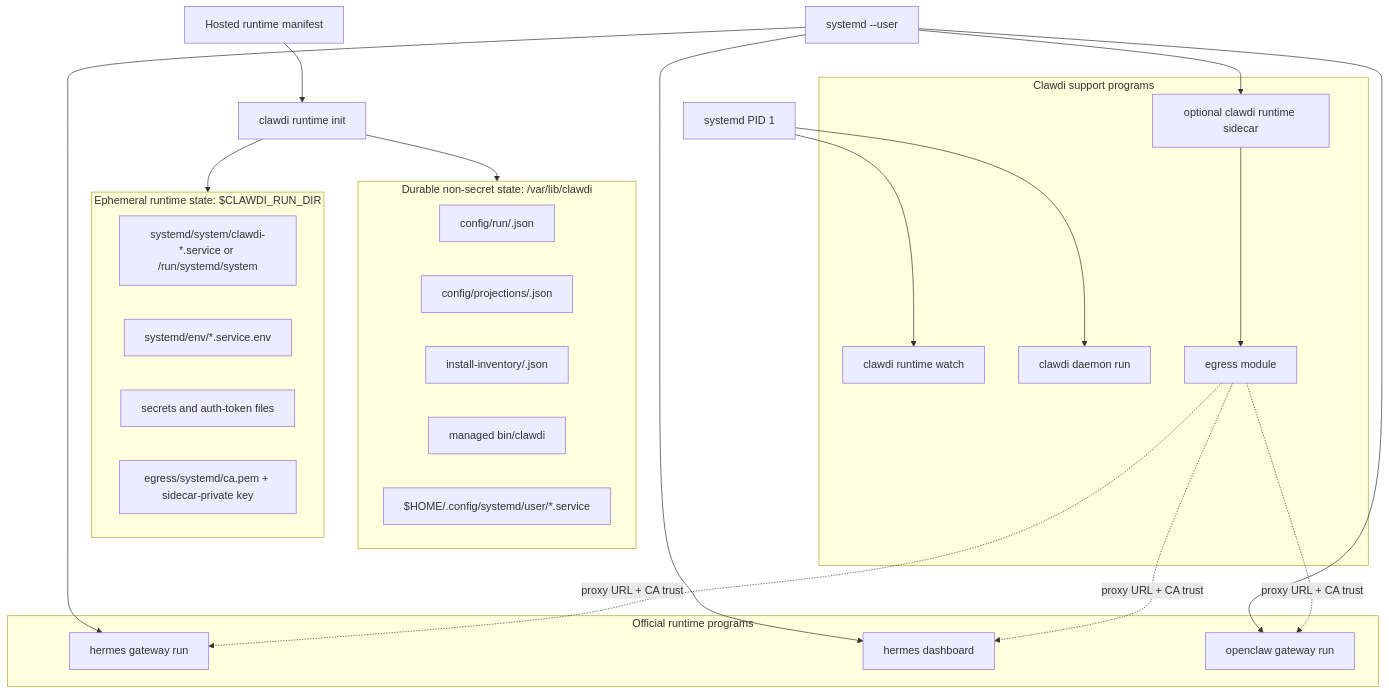
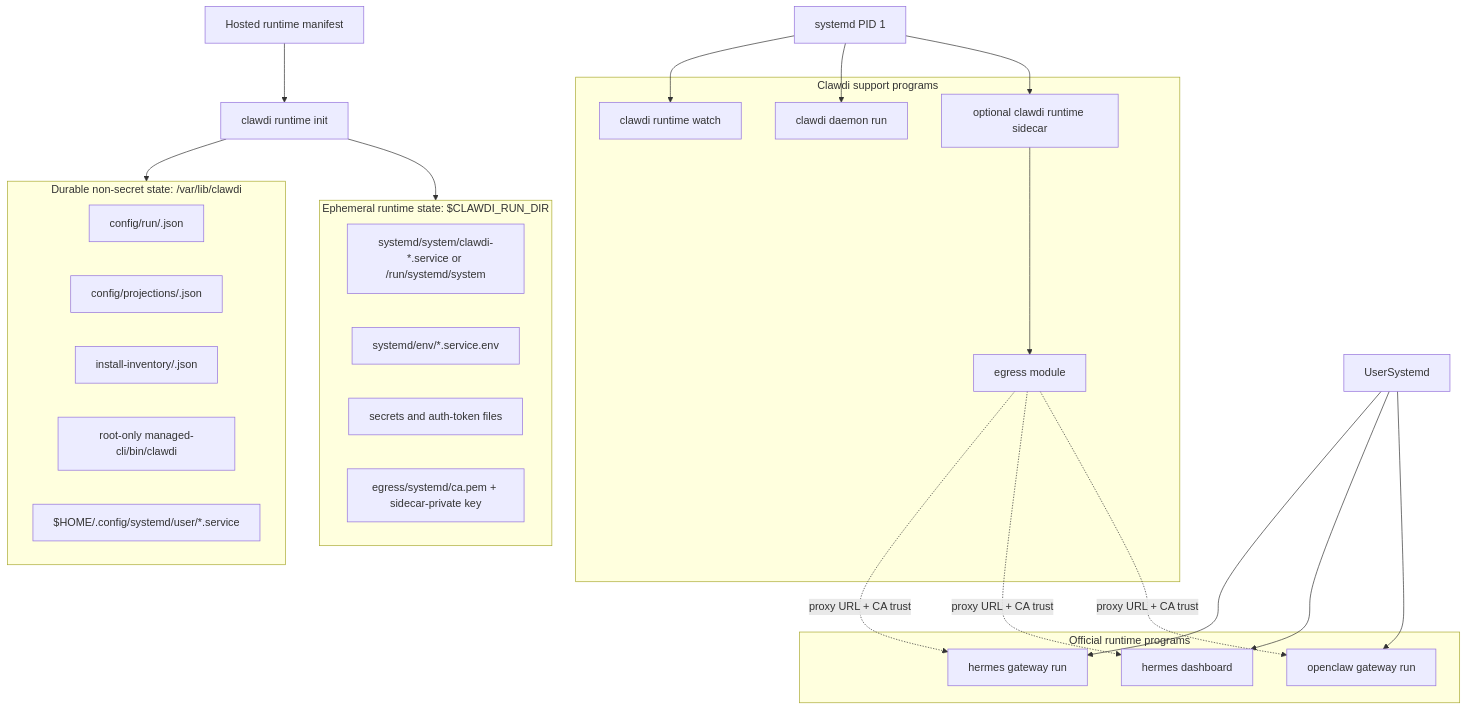
One commit to Clawdi-AI/clawdi changed the first of 2 diagrams in docs/managed-runtime.md. Above: the diagram before and after it, drawn with Mermaid. The commit also changed other lines of this file and 11 other files, not shown here.

````diff
--- a/docs/managed-runtime.md
+++ b/docs/managed-runtime.md
@@ -144,46 +145,46 @@
 ```mermaid
 flowchart TB
     CP[Hosted runtime manifest] --> Init[clawdi runtime init]
     Init --> Durable
     Init --> Ephemeral
 
     subgraph Durable["Durable non-secret state: /var/lib/clawdi"]
         RunConfigs[config/run/<runtime>.json]
         Projections[config/projections/<runtime>.json]
         Inventory[install-inventory/<runtime>.json]
-        CliBin[managed bin/clawdi]
+        CliBin[root-only managed-cli/bin/clawdi]
         UserUnits[$HOME/.config/systemd/user/*.service]
     end
 
     subgraph Ephemeral["Ephemeral runtime state: $CLAWDI_RUN_DIR"]
         SystemUnits[systemd/system/clawdi-*.service or /run/systemd/system]
         UnitEnv[systemd/env/*.service.env]
         Secrets[secrets and auth-token files]
         EgressCA[egress/systemd/ca.pem + sidecar-private key]
     end
 
     subgraph Support["Clawdi support programs"]
         Watch[clawdi runtime watch]
         Daemon[clawdi daemon run]
         Sidecar[optional clawdi runtime sidecar]
         Egress[egress module]
     end
 
     subgraph Runtime["Official runtime programs"]
         HermesGateway[hermes gateway run]
         HermesDashboard[hermes dashboard]
         OpenClaw[openclaw gateway run]
     end
 
     Systemd[systemd PID 1] --> Watch
     Systemd --> Daemon
-    UserSystemd[systemd --user] --> Sidecar
+    Systemd --> Sidecar
     Sidecar --> Egress
     UserSystemd --> HermesGateway
     UserSystemd --> HermesDashboard
     UserSystemd --> OpenClaw
 
     Egress -. proxy URL + CA trust .-> HermesGateway
     Egress -. proxy URL + CA trust .-> HermesDashboard
     Egress -. proxy URL + CA trust .-> OpenClaw
 ```
````
